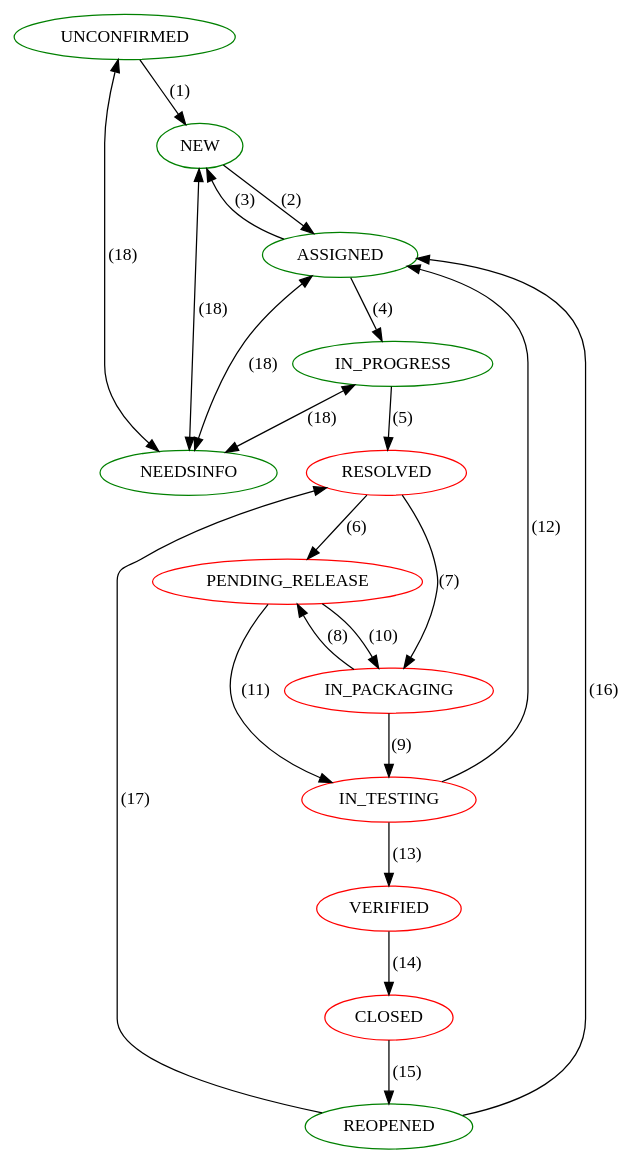
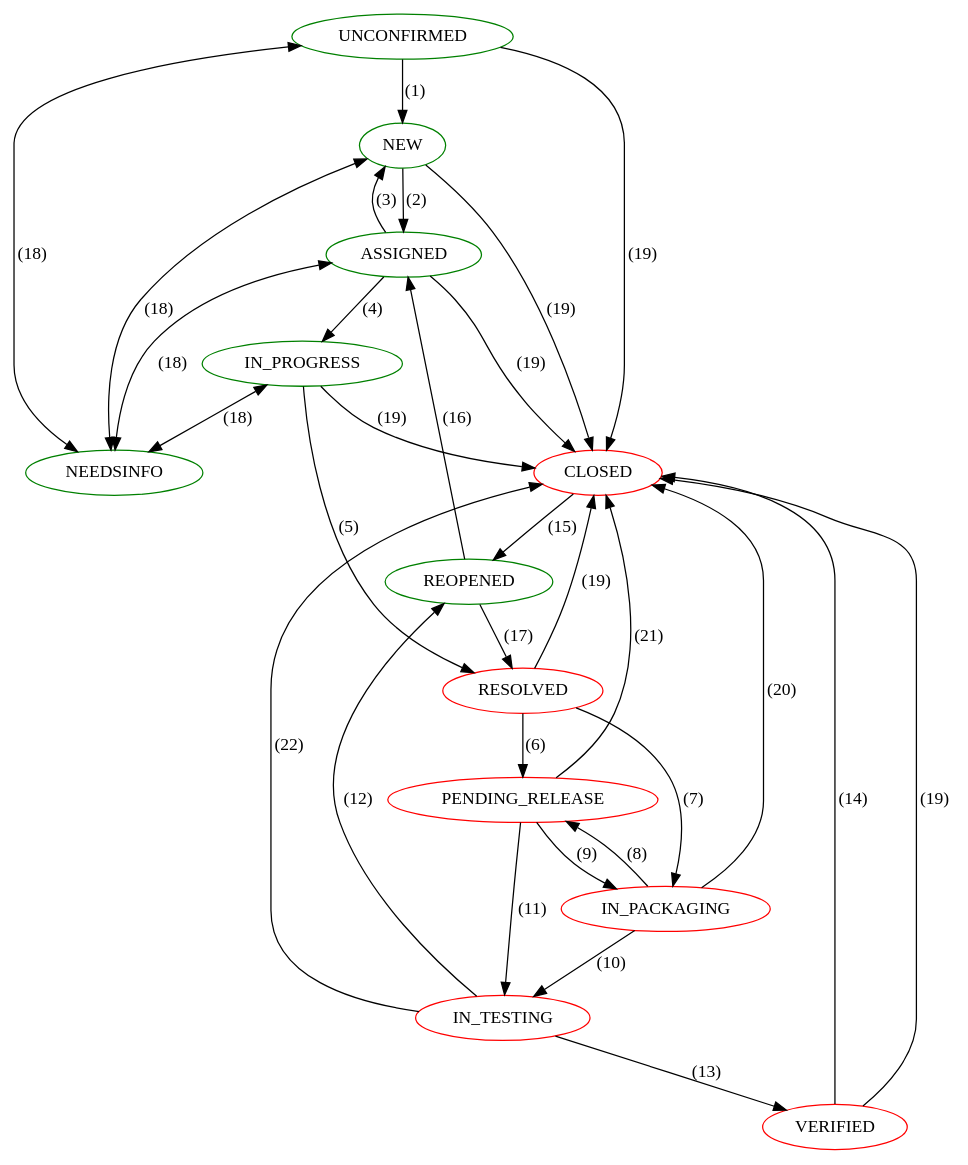
One commit to kolab-groupware/kolab-docs changed the diagram in source/developer-guide/bugzilla.rst. Above: the diagram before and after it, drawn with Graphviz. The commit also changed other lines of this file, not shown here.

```diff
--- a/source/developer-guide/bugzilla.rst
+++ b/source/developer-guide/bugzilla.rst
@@ -318,49 +448,57 @@
 .. graphviz::
 
     digraph {
             "UNCONFIRMED" [color=green];
             "NEW" [color=green];
             "ASSIGNED" [color=green];
             "IN_PROGRESS" [color=green];
             "NEEDSINFO" [color=green];
             "RESOLVED" [color=red];
             "PENDING_RELEASE" [color=red];
             "IN_PACKAGING" [color=red];
             "IN_TESTING" [color=red];
             "VERIFIED" [color=red];
             "CLOSED" [color=red];
             "REOPENED" [color=green];
 
             "UNCONFIRMED" -> "NEW" [label="(1)"];
             "UNCONFIRMED" -> "NEEDSINFO" [label="(18)",dir=both];
+            "UNCONFIRMED" -> "CLOSED" [label="(19)"];
 
             "NEW" -> "ASSIGNED" [label="(2)"];
             "NEW" -> "NEEDSINFO" [label="(18)",dir=both];
+            "NEW" -> "CLOSED" [label="(19)"];
 
             "ASSIGNED" -> "NEW" [label="(3)"];
             "ASSIGNED" -> "IN_PROGRESS" [label="(4)"];
             "ASSIGNED" -> "NEEDSINFO" [label="(18)",dir=both];
+            "ASSIGNED" -> "CLOSED" [label="(19)"];
 
             "IN_PROGRESS" -> "NEEDSINFO" [label="(18)",dir=both];
-
             "IN_PROGRESS" -> "RESOLVED" [label="(5)"];
+            "IN_PROGRESS" -> "CLOSED" [label="(19)"];
 
             "RESOLVED" -> "PENDING_RELEASE" [label="(6)"];
             "RESOLVED" -> "IN_PACKAGING" [label="(7)"];
+            "RESOLVED" -> "CLOSED" [label="(19)"];
 
             "IN_PACKAGING" -> "PENDING_RELEASE" [label="(8)"];
-            "IN_PACKAGING" -> "IN_TESTING" [label="(9)"];
+            "IN_PACKAGING" -> "IN_TESTING" [label="(10)"];
+            "IN_PACKAGING" -> "CLOSED" [label="(20)"];
 
-            "PENDING_RELEASE" -> "IN_PACKAGING" [label="(10)"];
+            "PENDING_RELEASE" -> "IN_PACKAGING" [label="(9)"];
             "PENDING_RELEASE" -> "IN_TESTING" [label="(11)"];
+            "PENDING_RELEASE" -> "CLOSED" [label="(21)"];
 
-            "IN_TESTING" -> "ASSIGNED" [label="(12)"];
+            "IN_TESTING" -> "REOPENED" [label="(12)"];
             "IN_TESTING" -> "VERIFIED" [label="(13)"];
+            "IN_TESTING" -> "CLOSED" [label="(22)"];
 
             "VERIFIED" -> "CLOSED" [label="(14)"];
+            "VERIFIED" -> "CLOSED" [label="(19)"];
 
             "CLOSED" -> "REOPENED" [label="(15)"];
 
             "REOPENED" -> "ASSIGNED" [label="(16)"];
             "REOPENED" -> "RESOLVED" [label="(17)"];
         }
```
